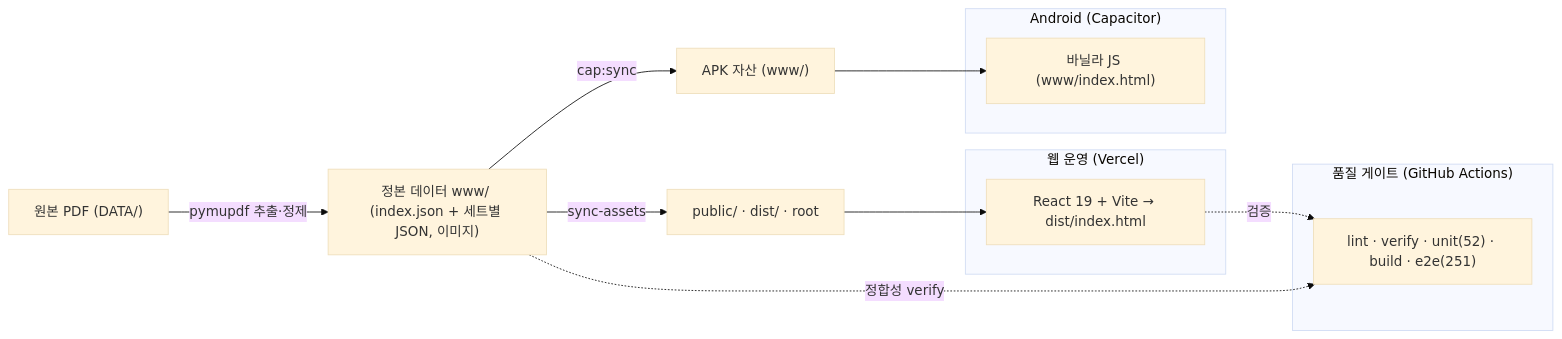
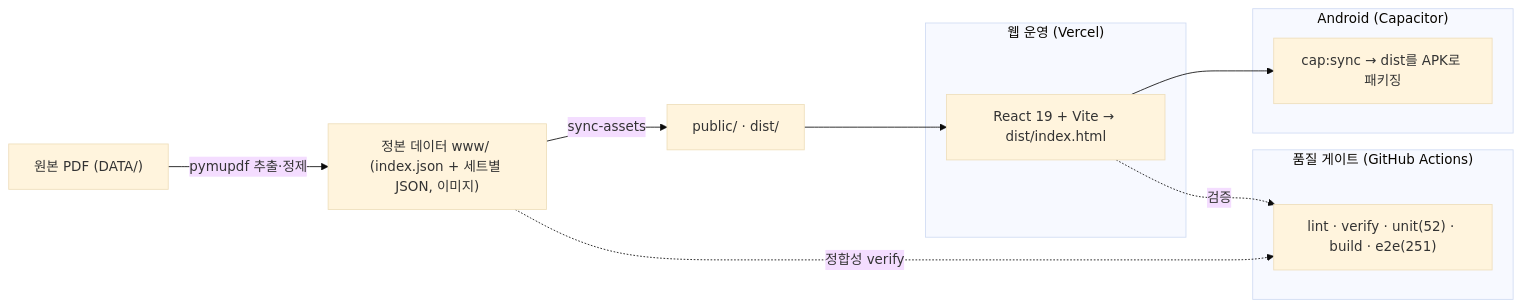
Before and after one commit to WindowHyun/ISTQB: the diagram in README.md, drawn with Mermaid (base theme). The commit also changed other lines of this file and 123 other files, not shown here.

````diff
--- a/README.md
+++ b/README.md
@@ -165,21 +165,20 @@
 ```mermaid
 flowchart LR
   PDF["원본 PDF (DATA/)"] -->|pymupdf 추출·정제| SRC["정본 데이터 www/ (index.json + 세트별 JSON, 이미지)"]
-  SRC -->|sync-assets| PUB["public/ · dist/ · root"]
-  SRC -->|cap:sync| WWW["APK 자산 (www/)"]
+  SRC -->|sync-assets| PUB["public/ · dist/"]
 
   subgraph 웹_운영["웹 운영 (Vercel)"]
     REACT["React 19 + Vite → dist/index.html"]
   end
   subgraph APK["Android (Capacitor)"]
-    VANILLA["바닐라 JS (www/index.html)"]
+    CAP["cap:sync → dist를 APK로 패키징"]
   end
   PUB --> REACT
-  WWW --> VANILLA
+  REACT --> CAP
 
   subgraph 품질["품질 게이트 (GitHub Actions)"]
     CI["lint · verify · unit(52) · build · e2e(251)"]
   end
   REACT -.검증.-> CI
   SRC -.정합성 verify.-> CI
 ```
````
